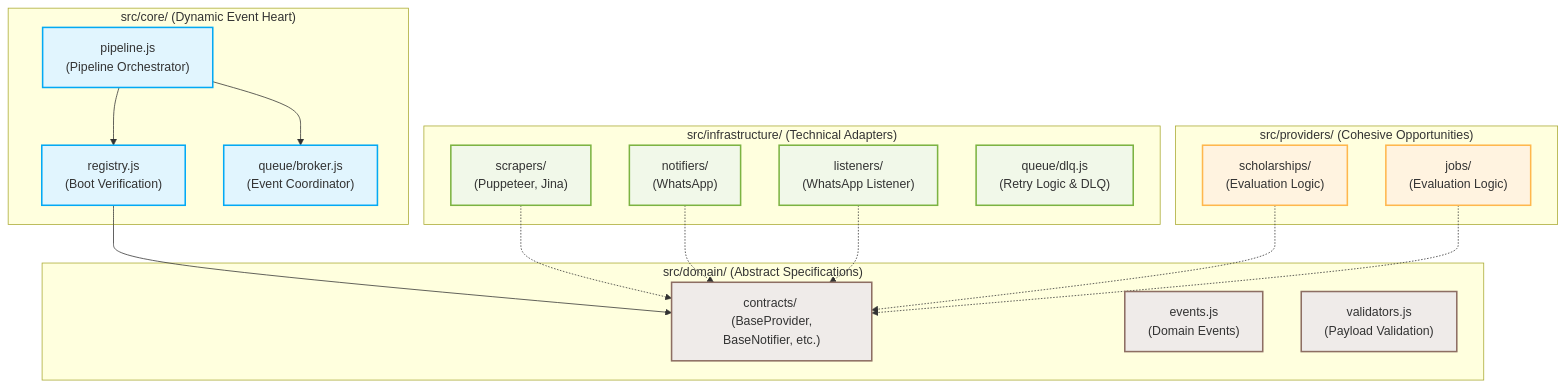
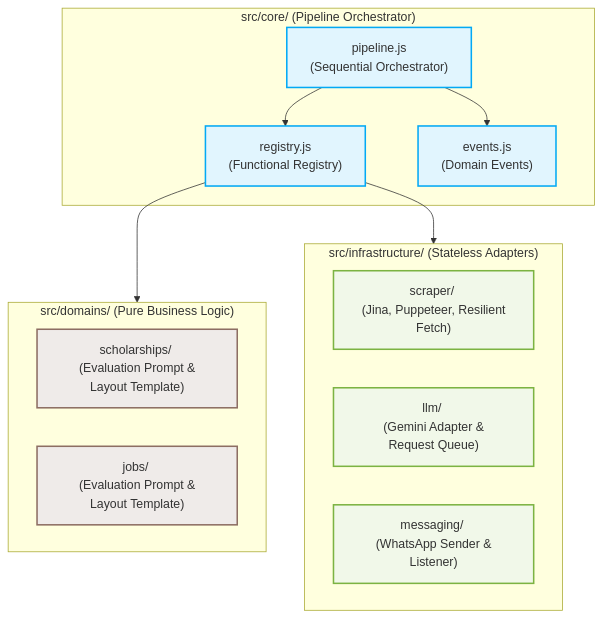
Before and after one commit to AhmadHassan-BTed/Noria: the first of 2 diagrams in README.md, drawn with Mermaid. The commit also changed other lines of this file and 69 other files, not shown here.

Commit message:
feat: implement core infrastructure for LLM-based job and scholarship processing pipelines

````diff
--- a/README.md
+++ b/README.md
@@ -32,40 +31,28 @@
 ```mermaid
 graph TD
     classDef core fill:#e1f5fe,stroke:#03a9f4,stroke-width:2px;
     classDef domain fill:#efebe9,stroke:#8d6e63,stroke-width:2px;
     classDef infra fill:#f1f8e9,stroke:#7cb342,stroke-width:2px;
-    classDef features fill:#fff3e0,stroke:#ffb74d,stroke-width:2px;
 
-    subgraph Domain ["src/domain/ (Abstract Specifications)"]
-        Contracts["contracts/ <br> (BaseProvider, BaseNotifier, etc.)"]:::domain
-        Events["events.js <br> (Domain Events)"]:::domain
-        Validators["validators.js <br> (Payload Validation)"]:::domain
+    subgraph Domains ["src/domains/ (Pure Business Logic)"]
+        Scholarships["scholarships/ <br> (Evaluation Prompt & Layout Template)"]:::domain
+        Jobs["jobs/ <br> (Evaluation Prompt & Layout Template)"]:::domain
     end
 
-    subgraph Core ["src/core/ (Dynamic Event Heart)"]
-        Pipeline["pipeline.js <br> (Pipeline Orchestrator)"]:::core
-        Registry["registry.js <br> (Boot Verification)"]:::core
-        Broker["queue/broker.js <br> (Event Coordinator)"]:::core
+    subgraph Core ["src/core/ (Pipeline Orchestrator)"]
+        Pipeline["pipeline.js <br> (Sequential Orchestrator)"]:::core
+        Registry["registry.js <br> (Functional Registry)"]:::core
+        Events["events.js <br> (Domain Events)"]:::core
     end
 
-    subgraph Infrastructure ["src/infrastructure/ (Technical Adapters)"]
-        Scrapers["scrapers/ <br> (Puppeteer, Jina)"]:::infra
-        Notifiers["notifiers/ <br> (WhatsApp)"]:::infra
-        Listeners["listeners/ <br> (WhatsApp Listener)"]:::infra
-        Queue["queue/dlq.js <br> (Retry Logic & DLQ)"]:::infra
+    subgraph Infrastructure ["src/infrastructure/ (Stateless Adapters)"]
+        Scrapers["scraper/ <br> (Jina, Puppeteer, Resilient Fetch)"]:::infra
+        LLM["llm/ <br> (Gemini Adapter & Request Queue)"]:::infra
+        Messaging["messaging/ <br> (WhatsApp Sender & Listener)"]:::infra
     end
 
-    subgraph Features ["src/providers/ (Cohesive Opportunities)"]
-        Scholarships["scholarships/ <br> (Evaluation Logic)"]:::features
-        Jobs["jobs/ <br> (Evaluation Logic)"]:::features
-    end
-
-    Pipeline --> Broker
     Pipeline --> Registry
-    Registry --> Contracts
-    Scrapers -.-> Contracts
-    Notifiers -.-> Contracts
-    Listeners -.-> Contracts
-    Scholarships -.-> Contracts
-    Jobs -.-> Contracts
+    Pipeline --> Events
+    Registry --> Domains
+    Registry --> Infrastructure
 ```
````
